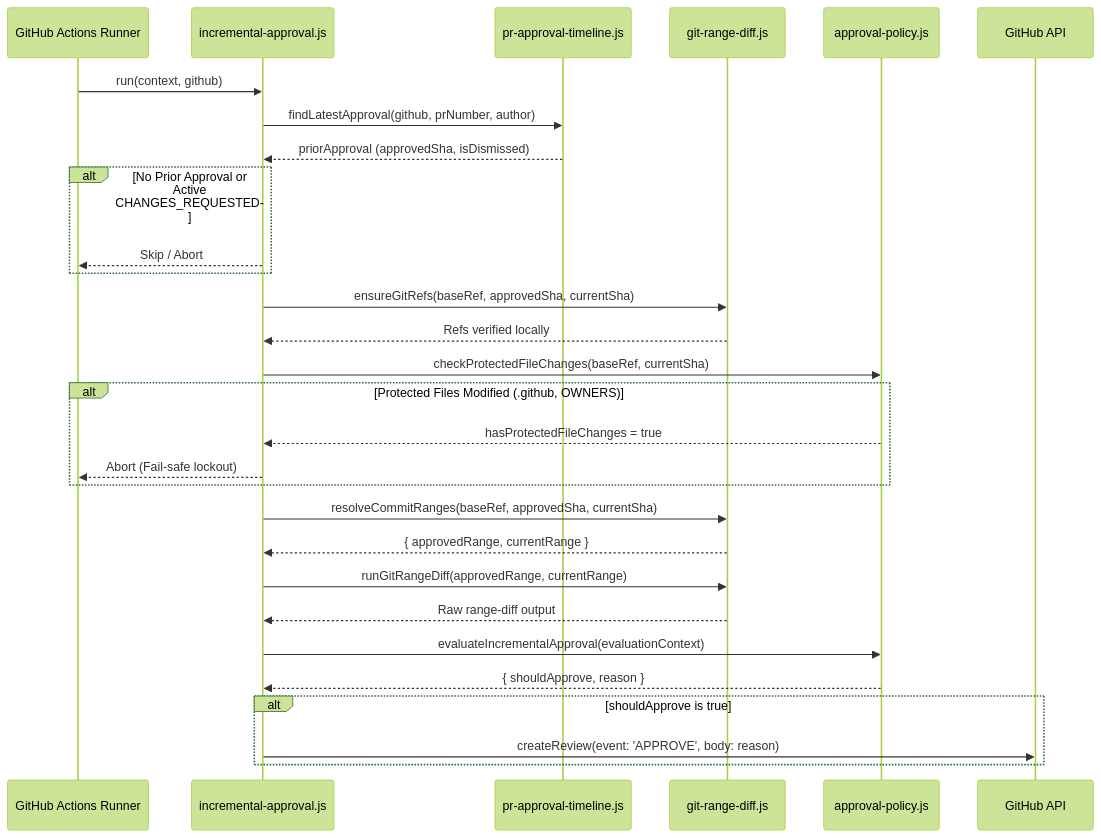
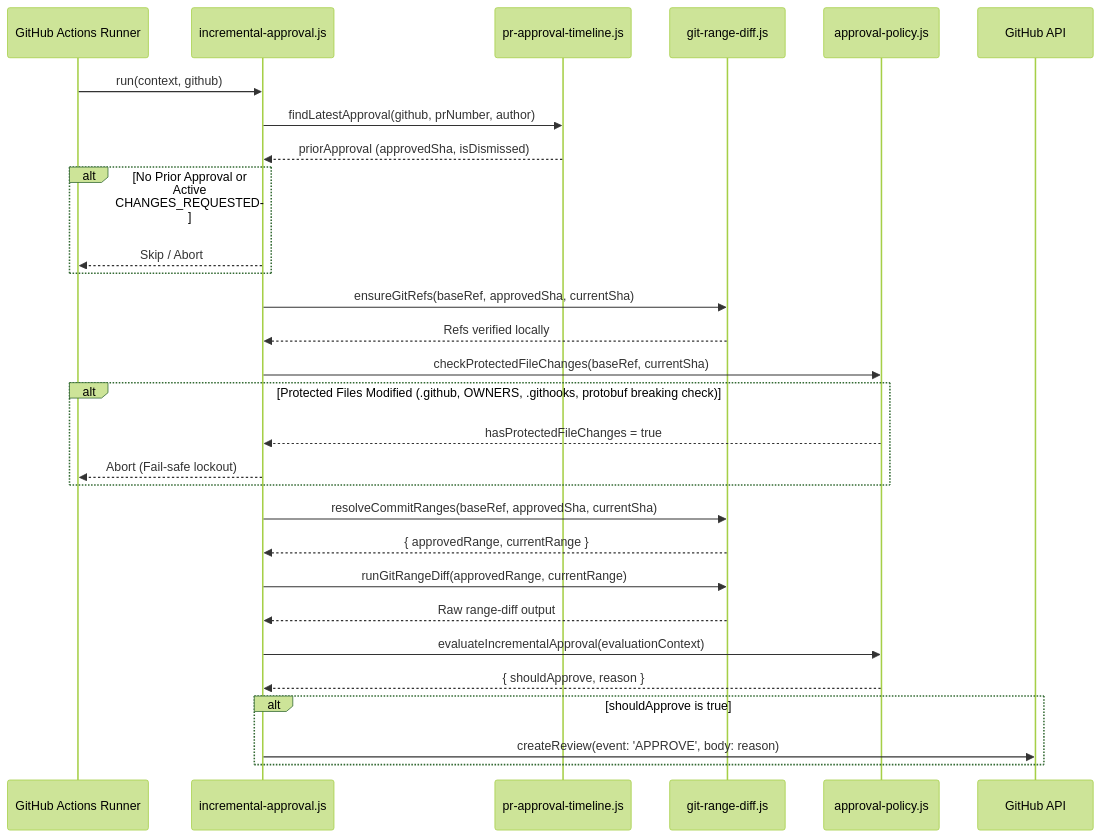
The second of 2 diagrams in .github/scripts/README.md (google/xmc), drawn with Mermaid (forest theme) before and after one commit. The commit also changed other lines of this file and 10 other files, not shown here.

First line of the commit message:
feat(api): check protobuf breaking changes with rules_buf (#1154)

````diff
--- a/.github/scripts/README.md
+++ b/.github/scripts/README.md
@@ -50,39 +50,39 @@
 ```mermaid
 sequenceDiagram
     participant CI as GitHub Actions Runner
     participant Orch as incremental-approval.js
     participant TL as pr-approval-timeline.js
     participant Git as git-range-diff.js
     participant Pol as approval-policy.js
     participant GH as GitHub API
 
     CI->>Orch: run(context, github)
     Orch->>TL: findLatestApproval(github, prNumber, author)
     TL-->>Orch: priorApproval (approvedSha, isDismissed)
     
     alt No Prior Approval or Active CHANGES_REQUESTED
         Orch-->>CI: Skip / Abort
     end
 
     Orch->>Git: ensureGitRefs(baseRef, approvedSha, currentSha)
     Git-->>Orch: Refs verified locally
 
     Orch->>Pol: checkProtectedFileChanges(baseRef, currentSha)
-    alt Protected Files Modified (.github, OWNERS)
+    alt Protected Files Modified (.github, OWNERS, .githooks, protobuf breaking check)
         Pol-->>Orch: hasProtectedFileChanges = true
         Orch-->>CI: Abort (Fail-safe lockout)
     end
 
     Orch->>Git: resolveCommitRanges(baseRef, approvedSha, currentSha)
     Git-->>Orch: { approvedRange, currentRange }
 
     Orch->>Git: runGitRangeDiff(approvedRange, currentRange)
     Git-->>Orch: Raw range-diff output
 
     Orch->>Pol: evaluateIncrementalApproval(evaluationContext)
     Pol-->>Orch: { shouldApprove, reason }
 
     alt shouldApprove is true
         Orch->>GH: createReview(event: 'APPROVE', body: reason)
     end
 ```
````
